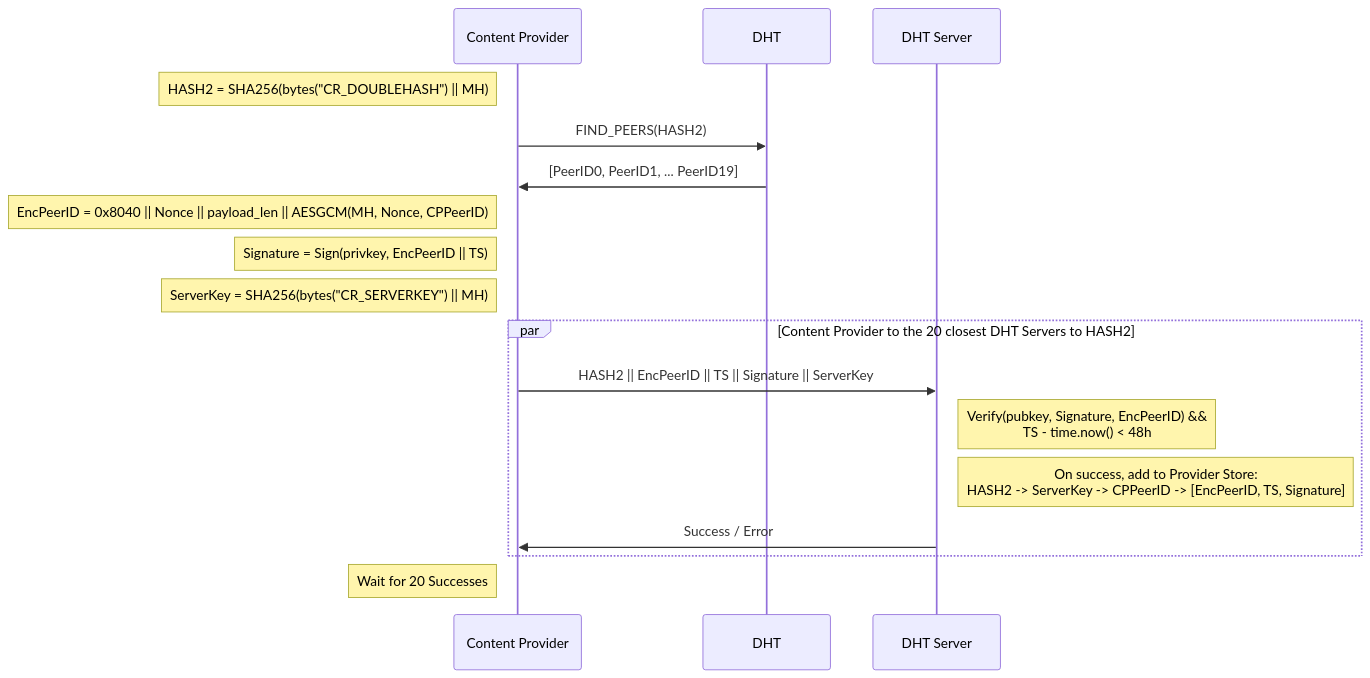
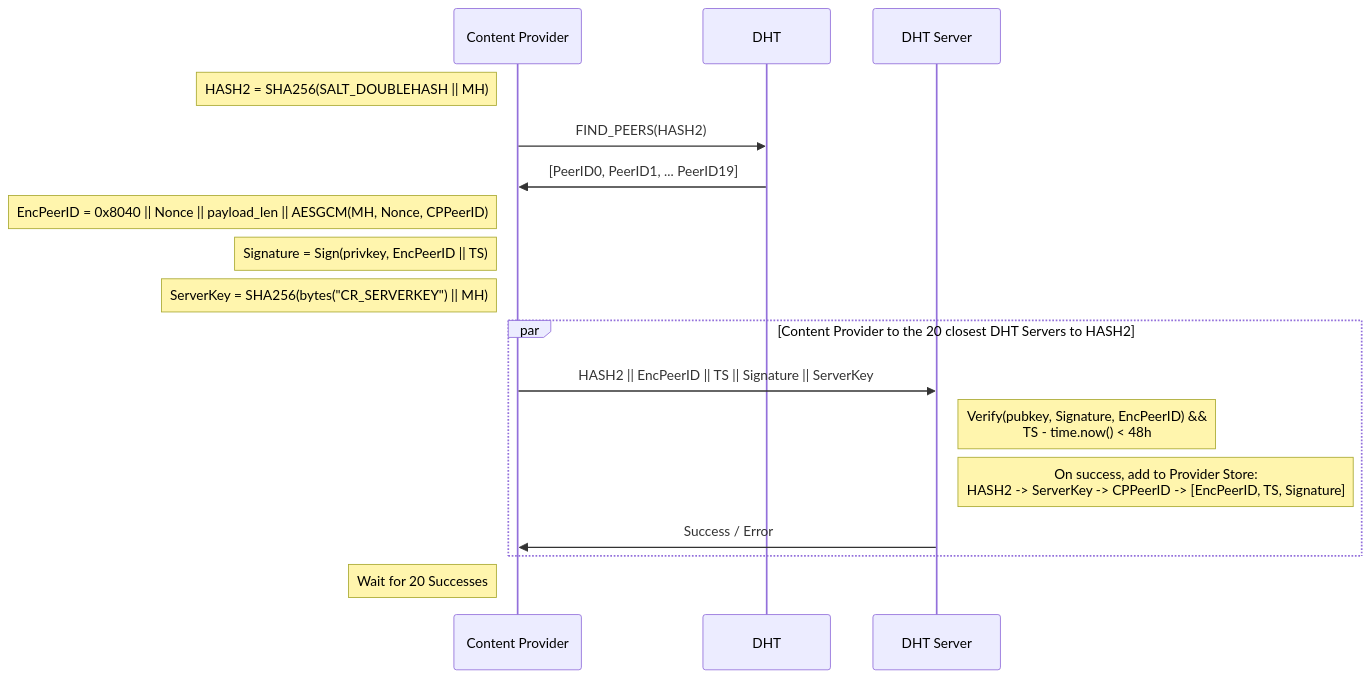
Before and after one commit to ipfs/specs: the first of 2 diagrams in IPIP/0373-double-hash-dht.md, drawn with Mermaid.

````diff
--- a/IPIP/0373-double-hash-dht.md
+++ b/IPIP/0373-double-hash-dht.md
@@ -99,26 +99,26 @@
 ```mermaid
 sequenceDiagram
     participant CP as Content Provider
     participant DHT
     participant Server as DHT Server
 
-    Note left of CP: HASH2 = SHA256(bytes("CR_DOUBLEHASH") || MH)
+    Note left of CP: HASH2 = SHA256(SALT_DOUBLEHASH || MH)
 
     CP->>DHT: FIND_PEERS(HASH2)
     DHT->>CP: [PeerID0, PeerID1, ... PeerID19]
 
     Note left of CP: EncPeerID = 0x8040 || Nonce || payload_len || AESGCM(MH, Nonce, CPPeerID)
     Note left of CP: Signature = Sign(privkey, EncPeerID || TS)
     Note left of CP: ServerKey = SHA256(bytes("CR_SERVERKEY") || MH)
 
     par Content Provider to the 20 closest DHT Servers to HASH2
         CP->>Server: HASH2 || EncPeerID || TS || Signature || ServerKey
     
     Note right of Server: Verify(pubkey, Signature, EncPeerID) &&<br>TS - time.now() < 48h
     Note right of Server: On success, add to Provider Store:<br>HASH2 -> ServerKey -> CPPeerID -> [EncPeerID, TS, Signature]
 
     Server->>CP: Success / Error
     end
 
     Note left of CP: Wait for 20 Successes
 ```
````
